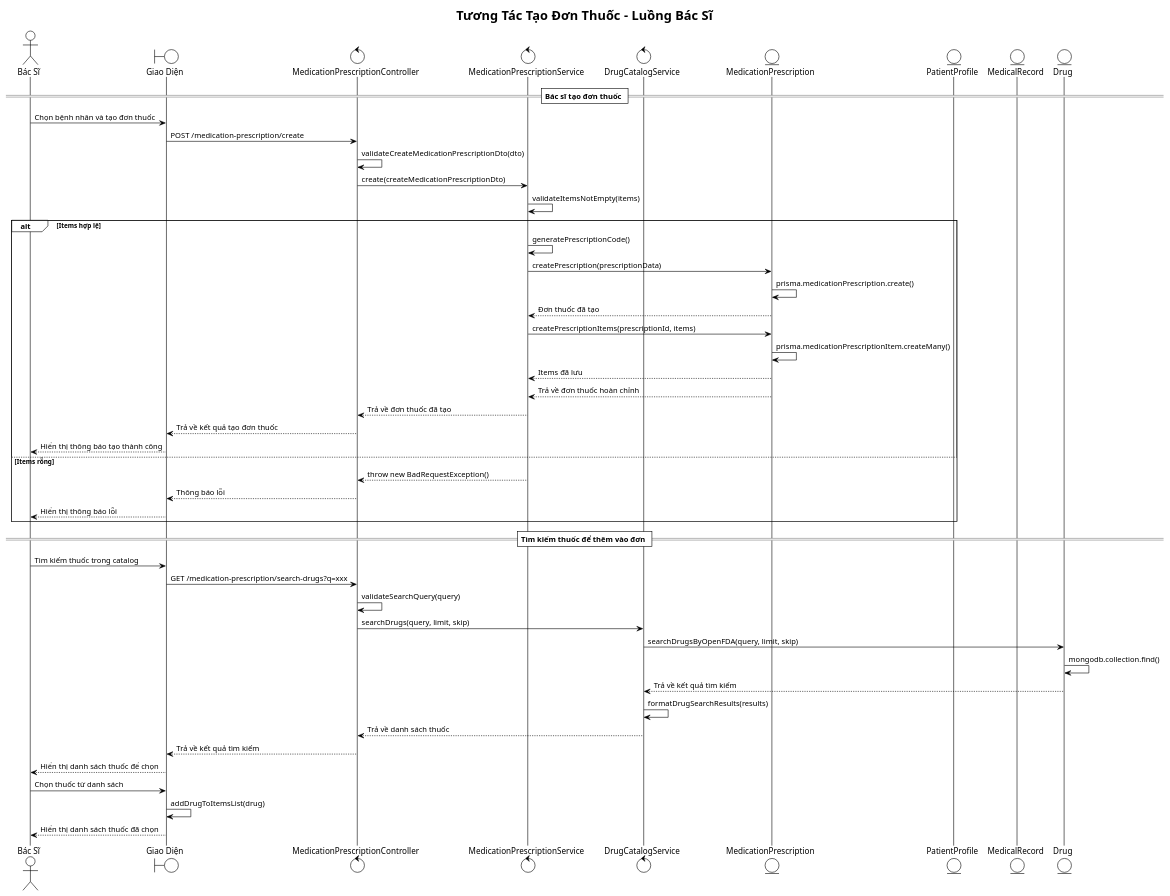
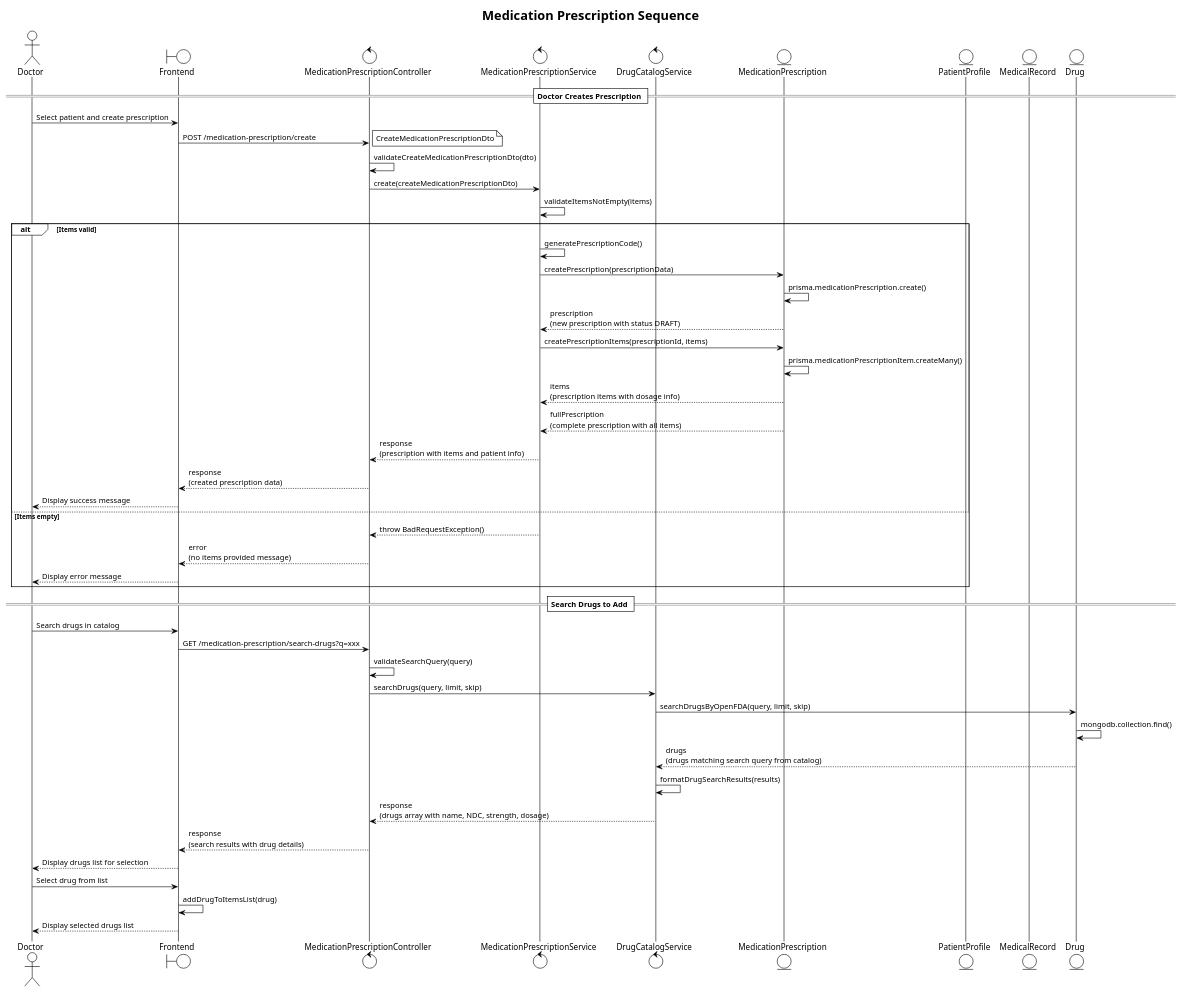
One commit to iamKhang/revita-be changed the diagram in docs/medication-prescription-sequence.puml. Above: the diagram before and after it, drawn with PlantUML. The commit also changed 7 other files, not shown here.

Commit message:
Update sequence diagram

```diff
--- a/docs/medication-prescription-sequence.puml
+++ b/docs/medication-prescription-sequence.puml
@@ -1,62 +1,63 @@
 @startuml Medication Prescription Sequence Diagram
 !theme plain
-title Tương Tác Tạo Đơn Thuốc - Luồng Bác Sĩ
+title Medication Prescription Sequence
 
-actor "Bác Sĩ" as D
-boundary "Giao Diện" as F
+actor "Doctor" as D
+boundary "Frontend" as F
 control "MedicationPrescriptionController" as C
 control "MedicationPrescriptionService" as M
 control "DrugCatalogService" as DC
 entity "MedicationPrescription" as MP
 entity "PatientProfile" as PP
 entity "MedicalRecord" as MR
 entity "Drug" as DR
 
-== Bác sĩ tạo đơn thuốc ==
+== Doctor Creates Prescription ==
 
-D -> F: Chọn bệnh nhân và tạo đơn thuốc
+D -> F: Select patient and create prescription
 F -> C: POST /medication-prescription/create
+note right: CreateMedicationPrescriptionDto
 C -> C: validateCreateMedicationPrescriptionDto(dto)
 C -> M: create(createMedicationPrescriptionDto)
 M -> M: validateItemsNotEmpty(items)
 
-alt Items hợp lệ
+alt Items valid
   M -> M: generatePrescriptionCode()
   M -> MP: createPrescription(prescriptionData)
   MP -> MP: prisma.medicationPrescription.create()
-  MP --> M: Đơn thuốc đã tạo
+  MP --> M: prescription\n(new prescription with status DRAFT)
   
   M -> MP: createPrescriptionItems(prescriptionId, items)
   MP -> MP: prisma.medicationPrescriptionItem.createMany()
-  MP --> M: Items đã lưu
-  MP --> M: Trả về đơn thuốc hoàn chỉnh
+  MP --> M: items\n(prescription items with dosage info)
+  MP --> M: fullPrescription\n(complete prescription with all items)
   
-  M --> C: Trả về đơn thuốc đã tạo
-  C --> F: Trả về kết quả tạo đơn thuốc
-  F --> D: Hiển thị thông báo tạo thành công
+  M --> C: response\n(prescription with items and patient info)
+  C --> F: response\n(created prescription data)
+  F --> D: Display success message
   
-else Items rỗng
-  M --> C: throw new BadRequestException()
-  C --> F: Thông báo lỗi
-  F --> D: Hiển thị thông báo lỗi
+else Items empty
+  M --> C: throw BadRequestException()
+  C --> F: error\n(no items provided message)
+  F --> D: Display error message
 end
 
-== Tìm kiếm thuốc để thêm vào đơn ==
+== Search Drugs to Add ==
 
-D -> F: Tìm kiếm thuốc trong catalog
+D -> F: Search drugs in catalog
 F -> C: GET /medication-prescription/search-drugs?q=xxx
 C -> C: validateSearchQuery(query)
 C -> DC: searchDrugs(query, limit, skip)
 DC -> DR: searchDrugsByOpenFDA(query, limit, skip)
 DR -> DR: mongodb.collection.find()
-DR --> DC: Trả về kết quả tìm kiếm
+DR --> DC: drugs\n(drugs matching search query from catalog)
 DC -> DC: formatDrugSearchResults(results)
-DC --> C: Trả về danh sách thuốc
-C --> F: Trả về kết quả tìm kiếm
-F --> D: Hiển thị danh sách thuốc để chọn
+DC --> C: response\n(drugs array with name, NDC, strength, dosage)
+C --> F: response\n(search results with drug details)
+F --> D: Display drugs list for selection
 
-D -> F: Chọn thuốc từ danh sách
+D -> F: Select drug from list
 F -> F: addDrugToItemsList(drug)
-F --> D: Hiển thị danh sách thuốc đã chọn
+F --> D: Display selected drugs list
 
 @enduml
```
